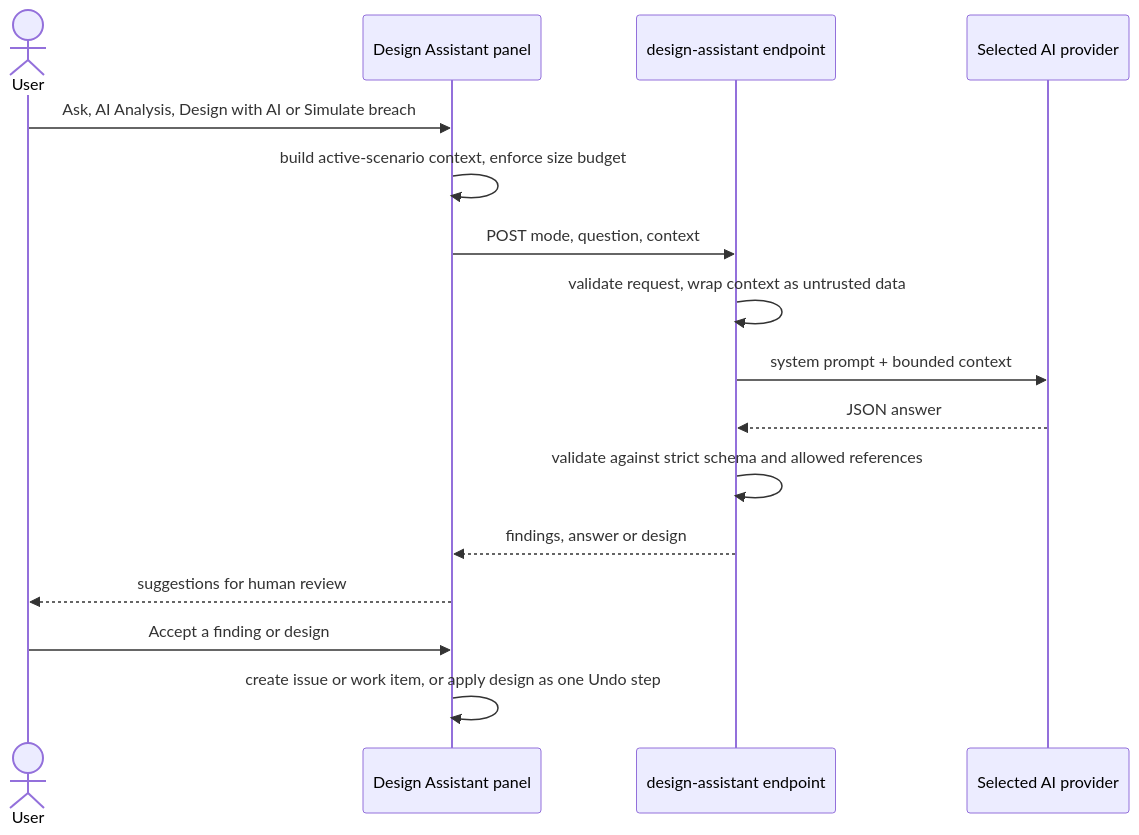
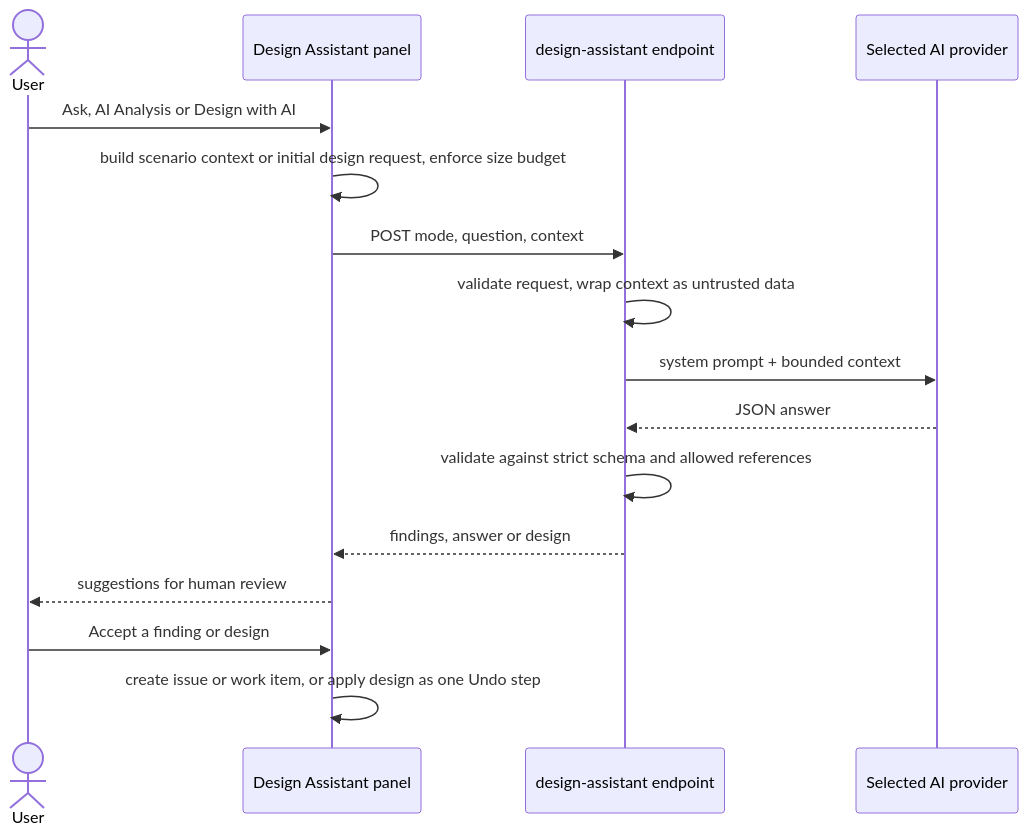
One commit to CMJ-CSRM-Pros/SecureDesignStudio changed the eighth of 8 diagrams in docs/architecture.md. Above: the diagram before and after it, drawn with Mermaid. The commit also changed other lines of this file and 5 other files, not shown here.

````diff
--- a/docs/architecture.md
+++ b/docs/architecture.md
@@ -302,18 +310,18 @@
 ```mermaid
 sequenceDiagram
   actor User
   participant Panel as Design Assistant panel
   participant API as design-assistant endpoint
   participant LLM as Selected AI provider
-  User->>Panel: Ask, AI Analysis, Design with AI or Simulate breach
-  Panel->>Panel: build active-scenario context, enforce size budget
+  User->>Panel: Ask, AI Analysis or Design with AI
+  Panel->>Panel: build scenario context or initial design request, enforce size budget
   Panel->>API: POST mode, question, context
   API->>API: validate request, wrap context as untrusted data
   API->>LLM: system prompt + bounded context
   LLM-->>API: JSON answer
   API->>API: validate against strict schema and allowed references
   API-->>Panel: findings, answer or design
   Panel-->>User: suggestions for human review
   User->>Panel: Accept a finding or design
   Panel->>Panel: create issue or work item, or apply design as one Undo step
 ```
````
